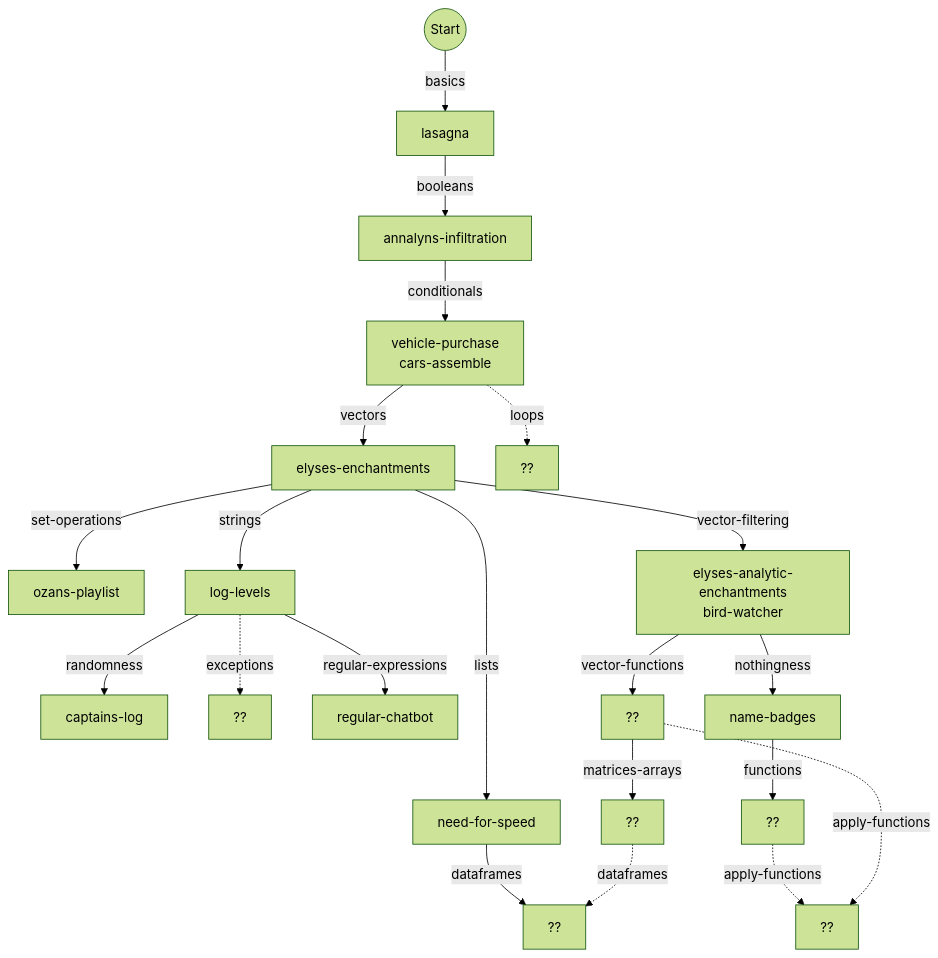
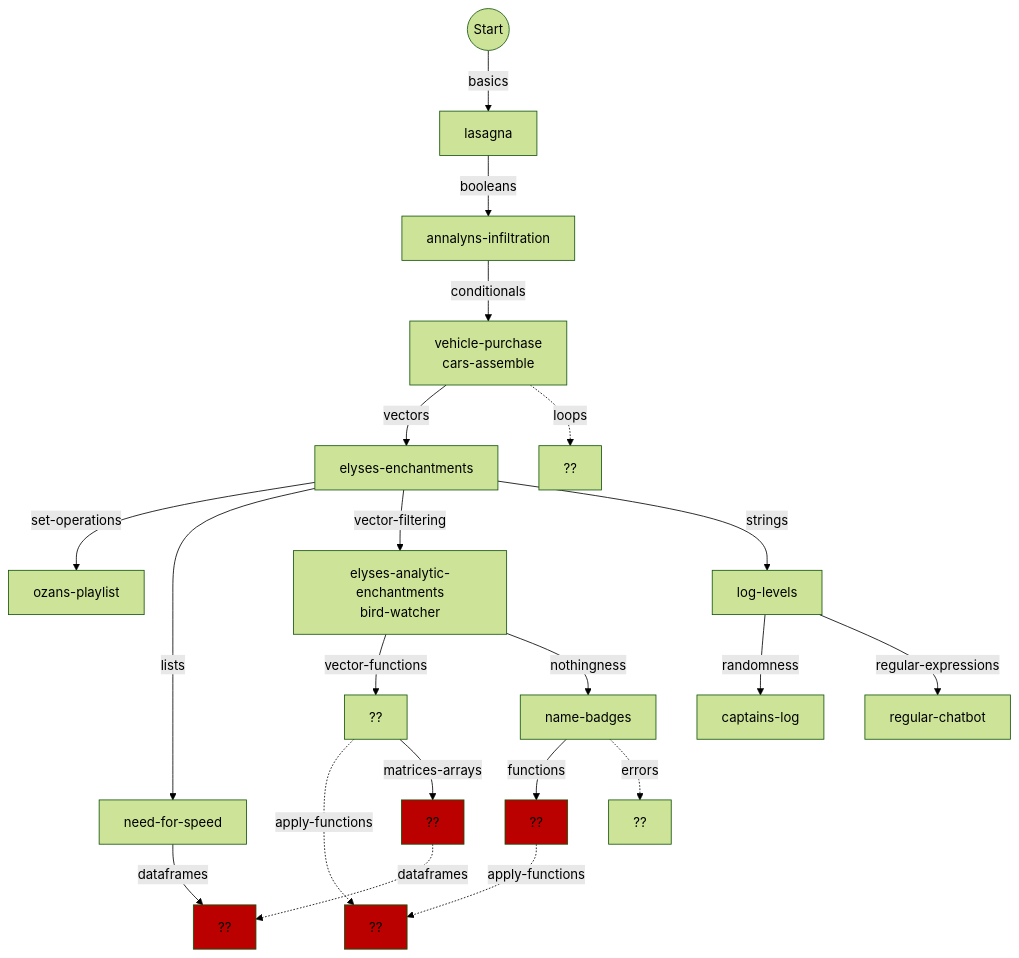
Before and after one commit to colinleach/r_concepts: the first of 2 diagrams in flowchart.md, drawn with Mermaid (forest theme). The commit also changed other lines of this file and 35 other files, not shown here.

````diff
--- a/flowchart.md
+++ b/flowchart.md
@@ -7,24 +10,28 @@
 ```mermaid
 graph TD
     
 start(("Start")) --basics--> basics["lasagna"]
 basics --booleans--> booleans["annalyns-infiltration"]
 booleans --conditionals--> conditionals["vehicle-purchase<br/>cars-assemble"]
 conditionals --vectors--> vectors["elyses-enchantments"]
 conditionals -.loops.-> loops["??"]
 vectors --set-operations--> set-operations["ozans-playlist"]
 strings --randomness--> randomness["captains-log"]
-strings -.exceptions.-> exceptions["??"]
 vectors --lists--> lists["need-for-speed"]
 vectors --vector-filtering--> vector-filtering["elyses-analytic-enchantments<br/>bird-watcher"]
 strings --regular-expressions--> regular-expressions["regular-chatbot"]
 vector-filtering --vector-functions--> vector-functions["??"]
 vector-filtering --nothingness--> nothingness["name-badges"]
 vectors --strings--> strings["log-levels"]
 nothingness --functions--> functions["??"]
+style functions fill:#b00
+nothingness -.errors.-> errors["??"]
 functions -.apply-functions.-> apply-functions["??"]
 vector-functions -.apply-functions.-> apply-functions["??"]
+style apply-functions fill:#b00
 vector-functions --matrices-arrays--> matrices-arrays["??"]
+style matrices-arrays fill:#b00
 lists --dataframes--> dataframes["??"]
+style dataframes fill:#b00
 matrices-arrays -.dataframes.-> dataframes
 ```
````
